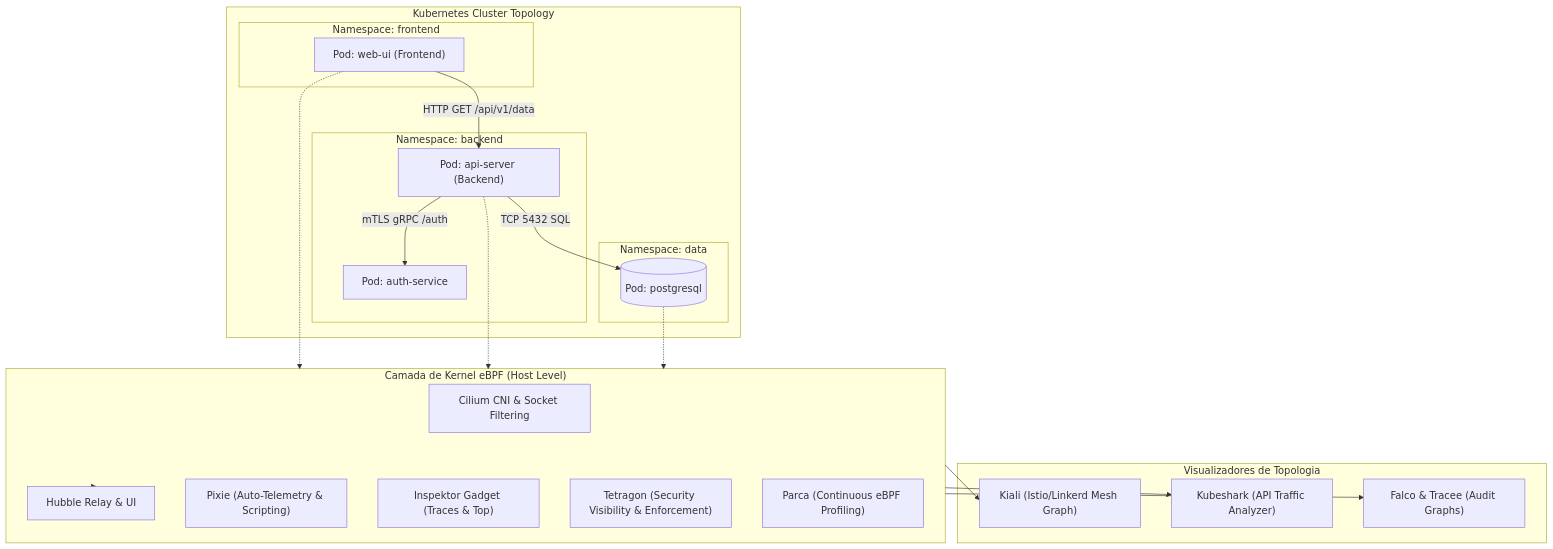
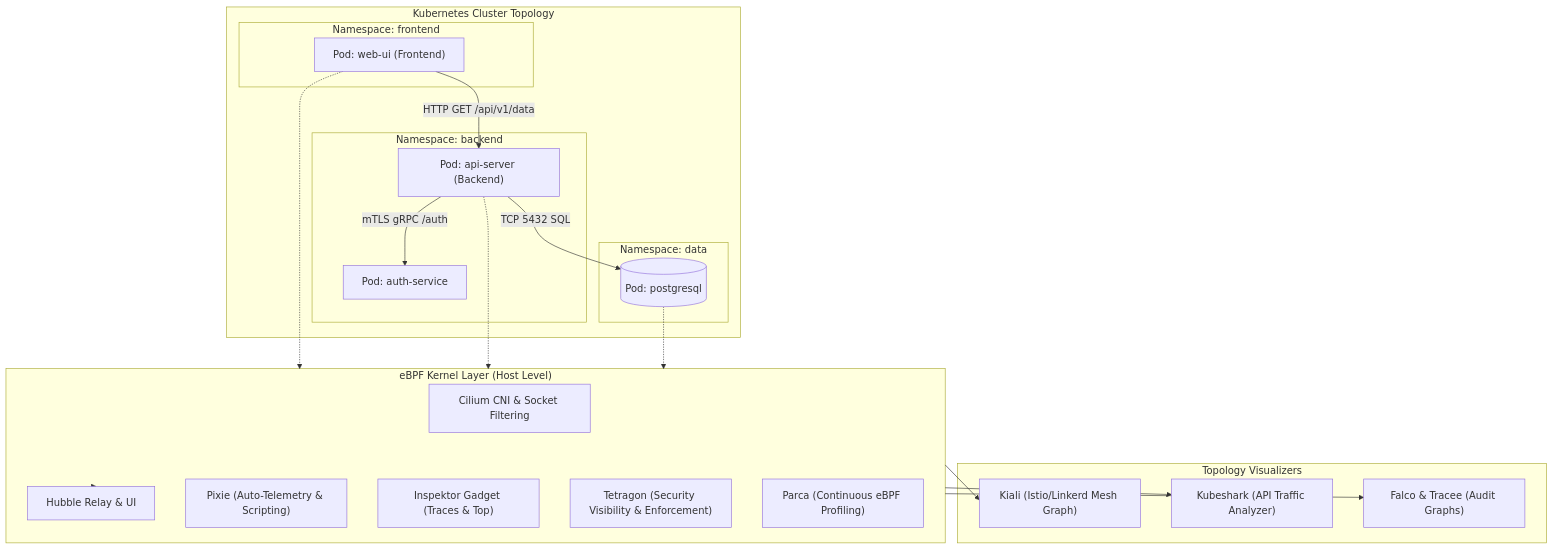
Before and after one commit to dandgabr/Coacus: the diagram in knowledge/skills/mapping/k8s-container-mapping/SKILL.md, drawn with Mermaid. The commit also changed other lines of this file and 143 other files, not shown here.

````diff
--- a/knowledge/skills/mapping/k8s-container-mapping/SKILL.md
+++ b/knowledge/skills/mapping/k8s-container-mapping/SKILL.md
@@ -16,42 +16,42 @@
 ```mermaid
 flowchart TD
     subgraph K8sCluster["Kubernetes Cluster Topology"]
         subgraph NS_Frontend["Namespace: frontend"]
             POD_FE["Pod: web-ui (Frontend)"]
         end
 
         subgraph NS_Backend["Namespace: backend"]
             POD_BE["Pod: api-server (Backend)"]
             POD_AUTH["Pod: auth-service"]
         end
 
         subgraph NS_Database["Namespace: data"]
             POD_DB[("Pod: postgresql")]
         end
     end
 
-    subgraph eBPF_Layer["Camada de Kernel eBPF (Host Level)"]
+    subgraph eBPF_Layer["eBPF Kernel Layer (Host Level)"]
         CILIUM["Cilium CNI & Socket Filtering"]
         HUBBLE["Hubble Relay & UI"]
         PIXIE["Pixie (Auto-Telemetry & Scripting)"]
         GADGET["Inspektor Gadget (Traces & Top)"]
         TETRAGON["Tetragon (Security Visibility & Enforcement)"]
         PARCA["Parca (Continuous eBPF Profiling)"]
     end
 
-    subgraph Visualizers["Visualizadores de Topologia"]
+    subgraph Visualizers["Topology Visualizers"]
         KIALI["Kiali (Istio/Linkerd Mesh Graph)"]
         KUBESHARK["Kubeshark (API Traffic Analyzer)"]
         FALCO_TRACEE["Falco & Tracee (Audit Graphs)"]
     end
 
     POD_FE -->|"HTTP GET /api/v1/data"| POD_BE
     POD_BE -->|"mTLS gRPC /auth"| POD_AUTH
     POD_BE -->|"TCP 5432 SQL"| POD_DB
 
     POD_FE -.-> eBPF_Layer
     POD_BE -.-> eBPF_Layer
     POD_DB -.-> eBPF_Layer
 
     eBPF_Layer --> HUBBLE & KUBESHARK & KIALI & FALCO_TRACEE
 ```
````
